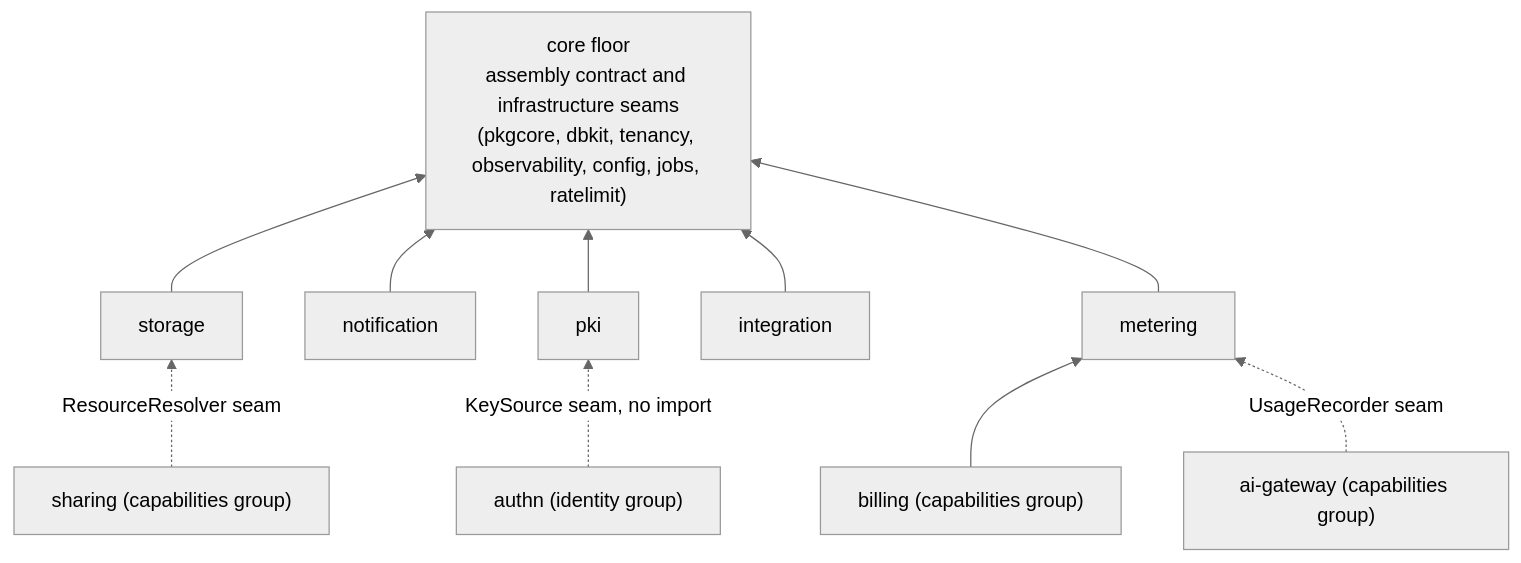
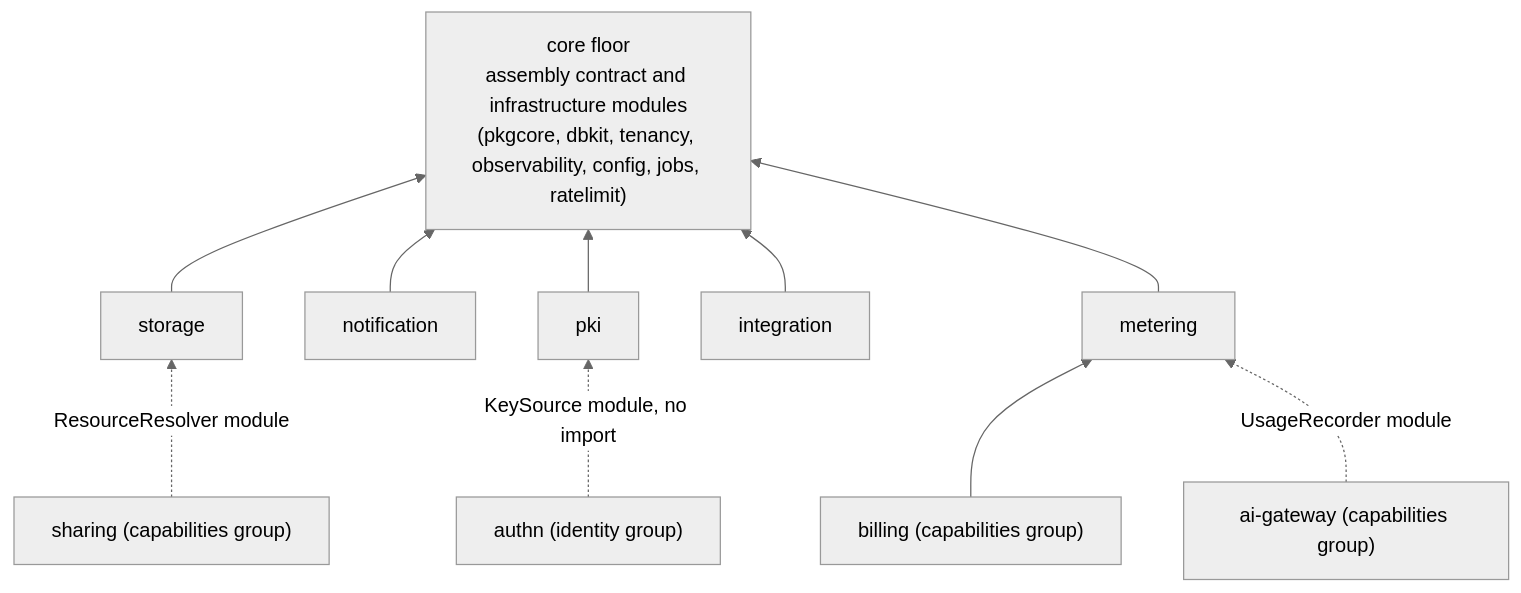
The diagram in docs/site/content.en/docs/developer-docs/modules/services/_index.md (vislake/speed), drawn with Mermaid (neutral theme) before and after one commit. The commit also changed other lines of this file and 71 other files, not shown here.

First line of the commit message:
docs(site): rewrite the English seam wording as module/component

````diff
--- a/docs/site/content.en/docs/developer-docs/modules/services/_index.md
+++ b/docs/site/content.en/docs/developer-docs/modules/services/_index.md
@@ -50,23 +50,23 @@
 ```mermaid
 graph BT
-    floor["core floor<br/>assembly contract and infrastructure seams<br/>(pkgcore, dbkit, tenancy, observability, config, jobs, ratelimit)"]
+    floor["core floor<br/>assembly contract and infrastructure modules<br/>(pkgcore, dbkit, tenancy, observability, config, jobs, ratelimit)"]
     storage["storage"]
     notification["notification"]
     pki["pki"]
     integration["integration"]
     metering["metering"]
     authn["authn (identity group)"]
     billing["billing (capabilities group)"]
     ai["ai-gateway (capabilities group)"]
     sharing["sharing (capabilities group)"]
 
     storage --> floor
     notification --> floor
     pki --> floor
     integration --> floor
     metering --> floor
-    authn -.->|"KeySource seam, no import"| pki
+    authn -.->|"KeySource module, no import"| pki
     billing --> metering
-    ai -.->|"UsageRecorder seam"| metering
-    sharing -.->|"ResourceResolver seam"| storage
+    ai -.->|"UsageRecorder module"| metering
+    sharing -.->|"ResourceResolver module"| storage
 ```
````
